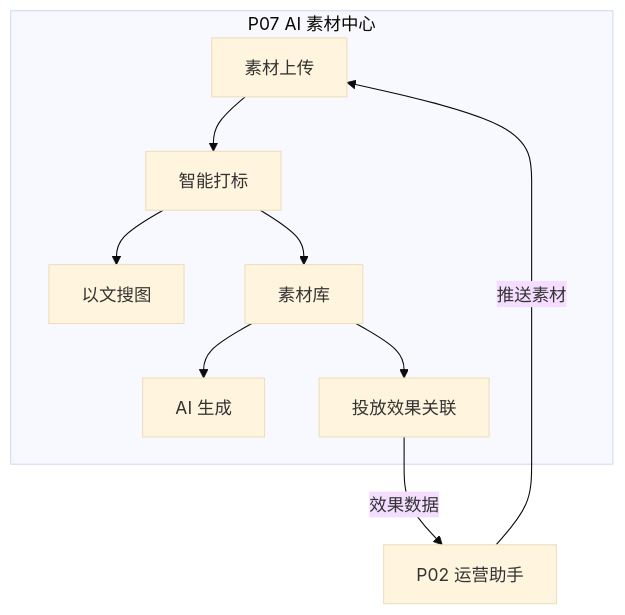
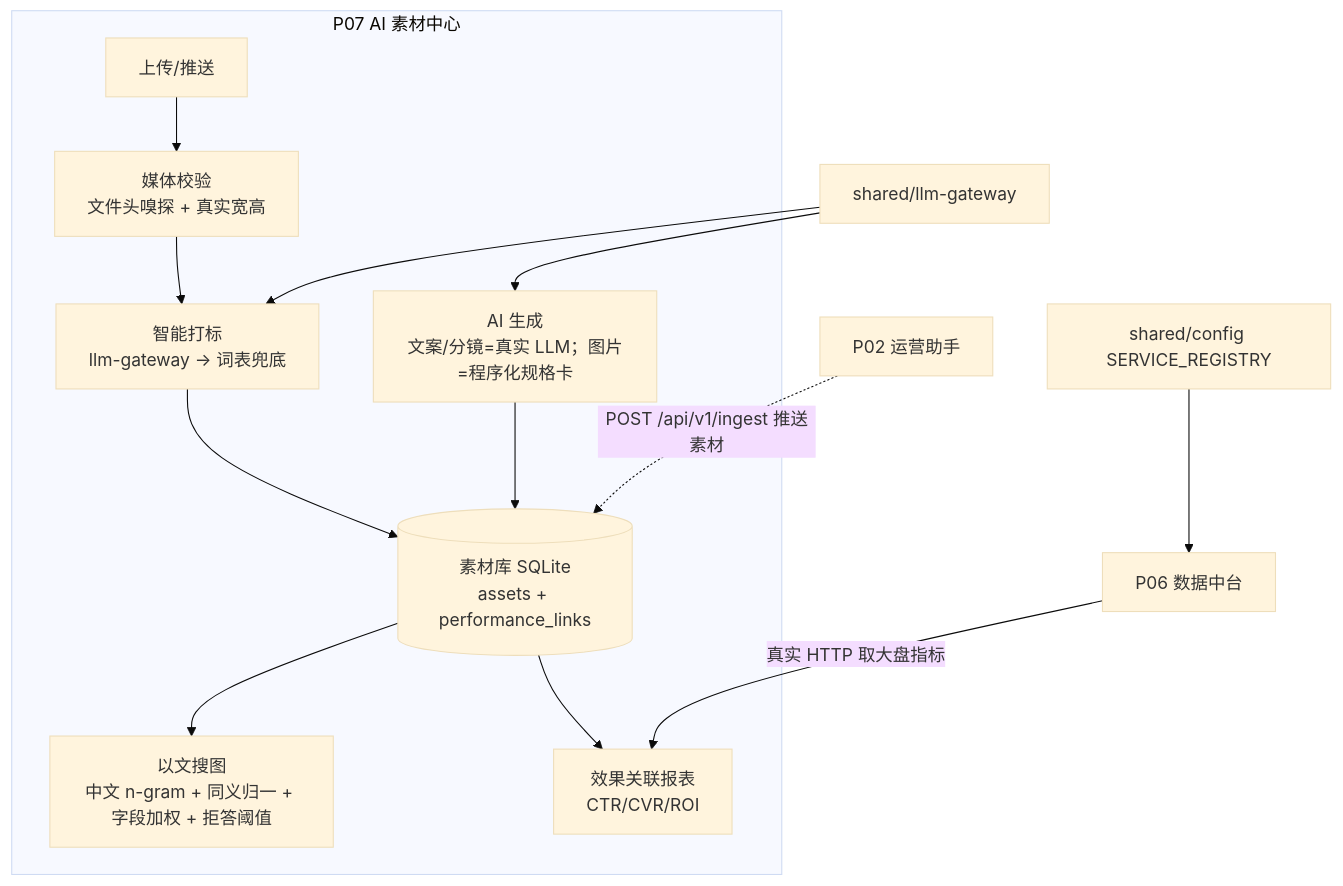
The diagram in projects/p07-ai-asset-center/README.md (liyibo0410/LiYibo-Personal-Work-Matrix), drawn with Mermaid (base theme) before and after one commit. The commit also changed other lines of this file and 34 other files, not shown here.

````diff
--- a/projects/p07-ai-asset-center/README.md
+++ b/projects/p07-ai-asset-center/README.md
@@ -13,12 +14,16 @@
 ```mermaid
 graph TB
     subgraph P07["P07 AI 素材中心"]
-        Upload[素材上传] --> Tag[智能打标]
-        Tag --> Search[以文搜图]
-        Tag --> Library[素材库]
-        Library --> Gen[AI 生成]
-        Library --> Report[投放效果关联]
+        UP[上传/推送] --> MED[媒体校验<br/>文件头嗅探 + 真实宽高]
+        MED --> TAG[智能打标<br/>llm-gateway → 词表兜底]
+        TAG --> LIB[(素材库 SQLite<br/>assets + performance_links)]
+        LIB --> SEA[以文搜图<br/>中文 n-gram + 同义归一 + 字段加权 + 拒答阈值]
+        GEN[AI 生成<br/>文案/分镜=真实 LLM；图片=程序化规格卡] --> LIB
+        LIB --> REP[效果关联报表<br/>CTR/CVR/ROI]
     end
-    P02[P02 运营助手] -->|推送素材| Upload
-    Report -->|效果数据| P02
+    P06[P06 数据中台] -->|真实 HTTP 取大盘指标| REP
+    P02[P02 运营助手] -.->|POST /api/v1/ingest 推送素材| LIB
+    GW[shared/llm-gateway] --> TAG
+    GW --> GEN
+    CFG[shared/config SERVICE_REGISTRY] --> P06
 ```
````
